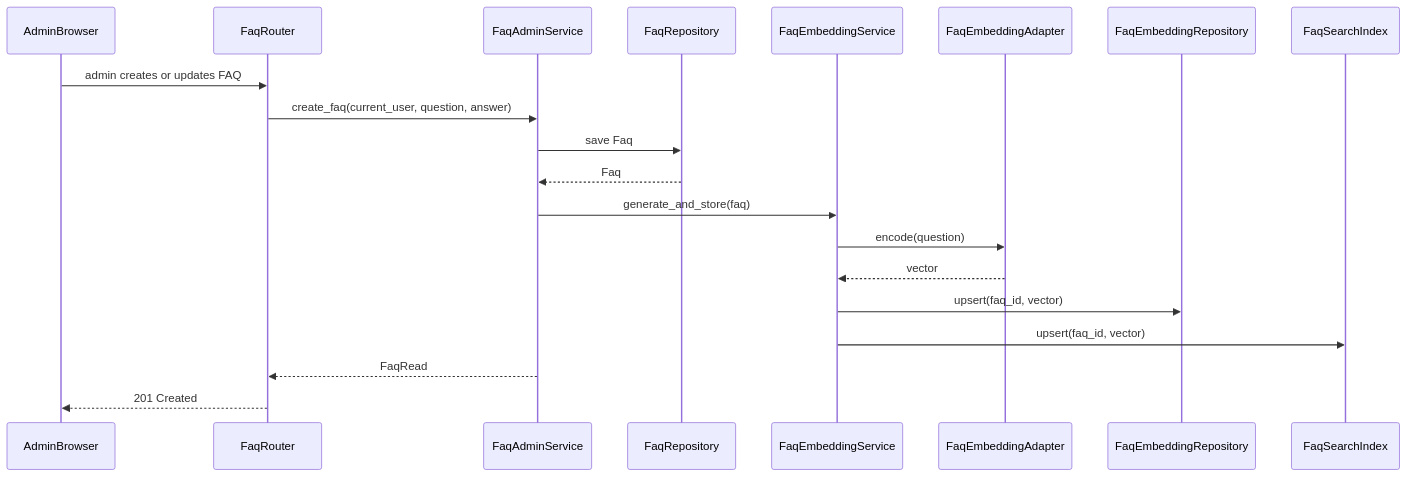
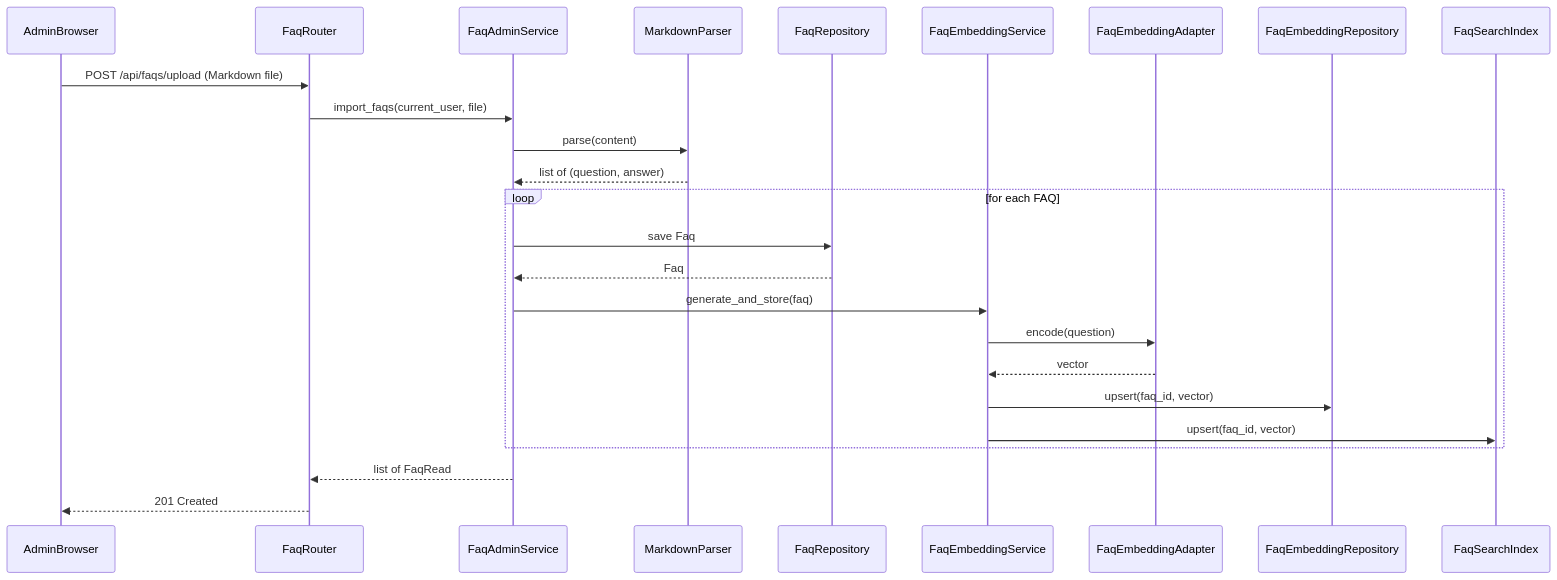
Before and after one commit to iwamuratakashi/cc-sdd-workshop-team7-helpo: the second of 3 diagrams in .kiro/specs/faq-management-and-search/design.md, drawn with Mermaid. The commit also changed other lines of this file and 5 other files, not shown here.

````diff
--- a/.kiro/specs/faq-management-and-search/design.md
+++ b/.kiro/specs/faq-management-and-search/design.md
@@ -283,22 +156,27 @@
 ```mermaid
 sequenceDiagram
     participant AdminBrowser
     participant FaqRouter
     participant FaqAdminService
+    participant MarkdownParser
     participant FaqRepository
     participant FaqEmbeddingService
     participant FaqEmbeddingAdapter
     participant FaqEmbeddingRepository
     participant FaqSearchIndex
-    AdminBrowser->>FaqRouter: admin creates or updates FAQ
-    FaqRouter->>FaqAdminService: create_faq(current_user, question, answer)
-    FaqAdminService->>FaqRepository: save Faq
-    FaqRepository-->>FaqAdminService: Faq
-    FaqAdminService->>FaqEmbeddingService: generate_and_store(faq)
-    FaqEmbeddingService->>FaqEmbeddingAdapter: encode(question)
-    FaqEmbeddingAdapter-->>FaqEmbeddingService: vector
-    FaqEmbeddingService->>FaqEmbeddingRepository: upsert(faq_id, vector)
-    FaqEmbeddingService->>FaqSearchIndex: upsert(faq_id, vector)
-    FaqAdminService-->>FaqRouter: FaqRead
+    AdminBrowser->>FaqRouter: POST /api/faqs/upload (Markdown file)
+    FaqRouter->>FaqAdminService: import_faqs(current_user, file)
+    FaqAdminService->>MarkdownParser: parse(content)
+    MarkdownParser-->>FaqAdminService: list of (question, answer)
+    loop for each FAQ
+        FaqAdminService->>FaqRepository: save Faq
+        FaqRepository-->>FaqAdminService: Faq
+        FaqAdminService->>FaqEmbeddingService: generate_and_store(faq)
+        FaqEmbeddingService->>FaqEmbeddingAdapter: encode(question)
+        FaqEmbeddingAdapter-->>FaqEmbeddingService: vector
+        FaqEmbeddingService->>FaqEmbeddingRepository: upsert(faq_id, vector)
+        FaqEmbeddingService->>FaqSearchIndex: upsert(faq_id, vector)
+    end
+    FaqAdminService-->>FaqRouter: list of FaqRead
     FaqRouter-->>AdminBrowser: 201 Created
 ```
````
